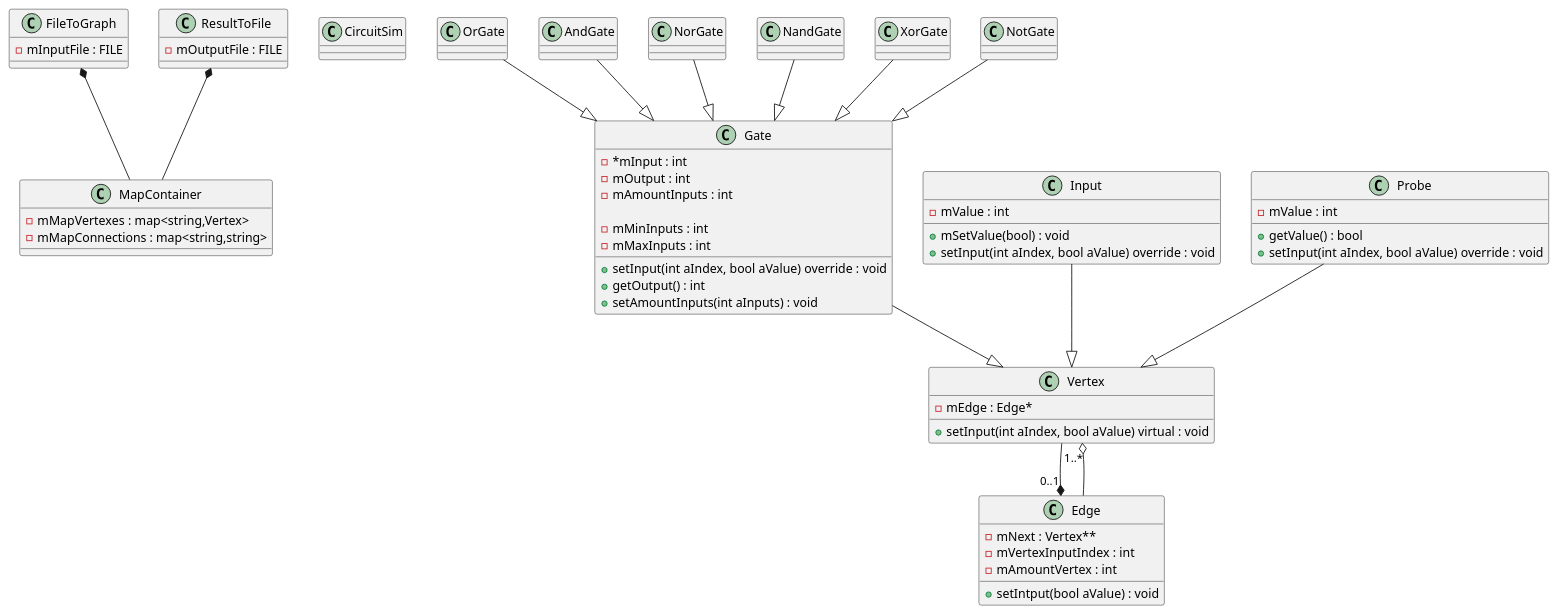
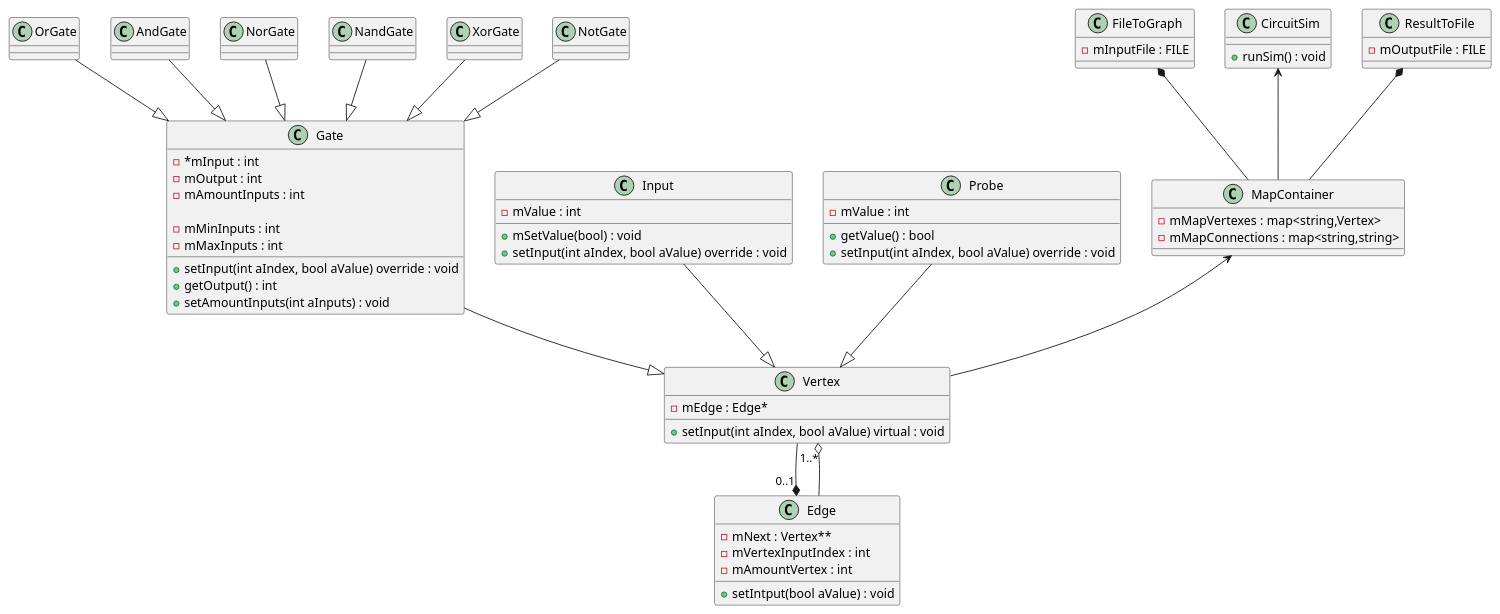
The diagram in diagram/classdiagram.puml (Seger01/DesignPatterns), drawn with PlantUML before and after one commit.

Commit message:
ajeto fianl

```diff
--- a/diagram/classdiagram.puml
+++ b/diagram/classdiagram.puml
@@ -1,103 +1,107 @@
 @startuml classdiagram
 
 class MapContainer {
     - mMapVertexes : map<string,Vertex>
     - mMapConnections : map<string,string>
 }
 
 class FileToGraph {
     - mInputFile : FILE
 }
 
 class CircuitSim {
-
+    + runSim() : void
 }
 
 class ResultToFile {
     - mOutputFile : FILE
 }
 
 class OrGate{
 
 }
 
 class AndGate{
 
 }
 
 class NorGate{
 
 }
 
 class NandGate{
 
 }
 
 class XorGate{
 
 }
 
 class NotGate{
 
 }
 
 class Gate{
     - *mInput : int
     - mOutput : int
     - mAmountInputs : int
 
     - mMinInputs : int
     - mMaxInputs : int    
 
     + setInput(int aIndex, bool aValue) override : void
     + getOutput() : int
     + setAmountInputs(int aInputs) : void
 }
 
 class Vertex {
     - mEdge : Edge*
 
     + setInput(int aIndex, bool aValue) virtual : void
 }
 
-class Edge{
+class Edge {
     - mNext : Vertex**
     - mVertexInputIndex : int
     - mAmountVertex : int
 
     + setIntput(bool aValue) : void
 }
 
-class Input{
+class Input {
     - mValue : int
 
     + mSetValue(bool) : void
     + setInput(int aIndex, bool aValue) override : void
 
 }
 
-class Probe{
+class Probe {
     - mValue : int
 
     + getValue() : bool
     + setInput(int aIndex, bool aValue) override : void
 }
 
 FileToGraph *-- MapContainer
 ResultToFile *-- MapContainer
+
+MapContainer <-- Vertex
+
+CircuitSim <-- MapContainer
 
 OrGate --|> Gate
 NorGate --|> Gate
 AndGate --|> Gate
 NandGate --|> Gate
 XorGate --|> Gate
 NotGate --|> Gate
 
 Gate --|> Vertex
 Input --|> Vertex
 Probe --|> Vertex
 
 Vertex --* "0..1" Edge
 Edge --o "1..*" Vertex
 
 @enduml
```
